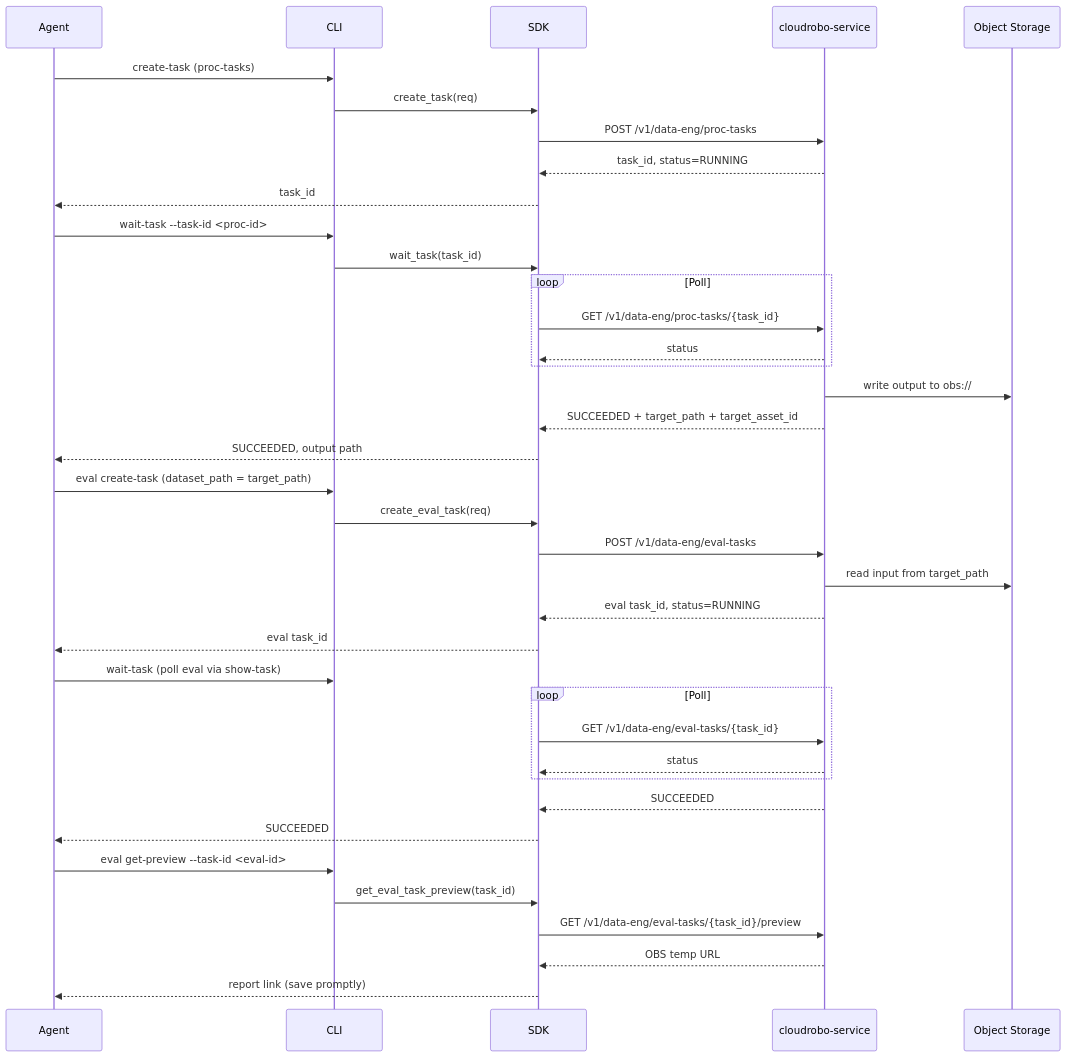
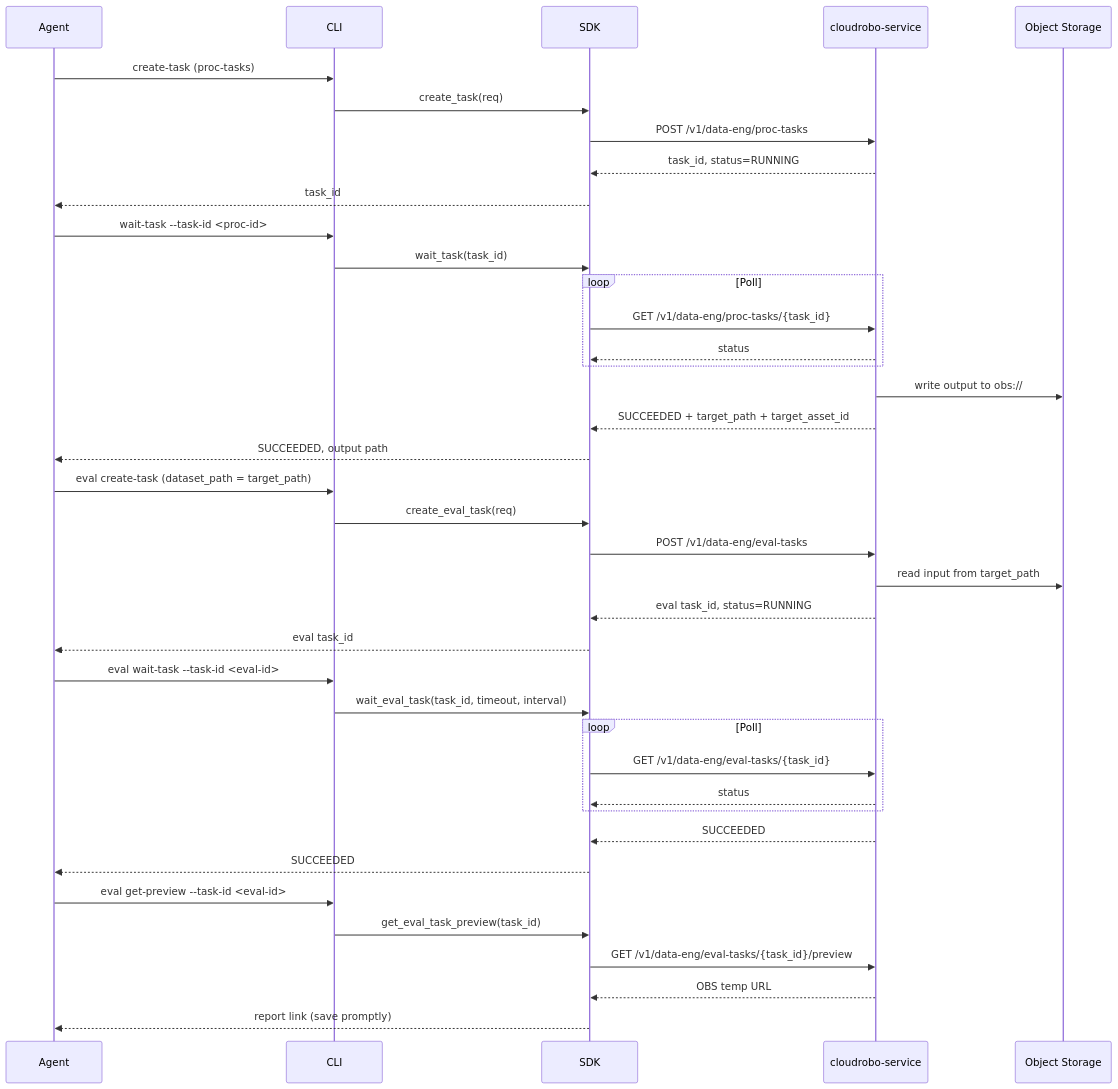
The fourth of 4 diagrams in skills/ai/cloudrobo/huawei-cloud-cloudrobo-dataset/references/dataflow-diagram.md (huaweicloud/huaweicloud-skills), drawn with Mermaid before and after one commit. The commit also changed other lines of this file and 41 other files, not shown here.

````diff
--- a/skills/ai/cloudrobo/huawei-cloud-cloudrobo-dataset/references/dataflow-diagram.md
+++ b/skills/ai/cloudrobo/huawei-cloud-cloudrobo-dataset/references/dataflow-diagram.md
@@ -132,45 +132,46 @@
 ```mermaid
 sequenceDiagram
     participant Agent
     participant CLI
     participant SDK
     participant API as cloudrobo-service
     participant OBS as Object Storage
 
     Agent->>CLI: create-task (proc-tasks)
     CLI->>SDK: create_task(req)
     SDK->>API: POST /v1/data-eng/proc-tasks
     API-->>SDK: task_id, status=RUNNING
     SDK-->>Agent: task_id
 
     Agent->>CLI: wait-task --task-id <proc-id>
     CLI->>SDK: wait_task(task_id)
     loop Poll
         SDK->>API: GET /v1/data-eng/proc-tasks/{task_id}
         API-->>SDK: status
     end
     API->>OBS: write output to obs://
     API-->>SDK: SUCCEEDED + target_path + target_asset_id
     SDK-->>Agent: SUCCEEDED, output path
 
     Agent->>CLI: eval create-task (dataset_path = target_path)
     CLI->>SDK: create_eval_task(req)
     SDK->>API: POST /v1/data-eng/eval-tasks
     API->>OBS: read input from target_path
     API-->>SDK: eval task_id, status=RUNNING
     SDK-->>Agent: eval task_id
 
-    Agent->>CLI: wait-task (poll eval via show-task)
+    Agent->>CLI: eval wait-task --task-id <eval-id>
+    CLI->>SDK: wait_eval_task(task_id, timeout, interval)
     loop Poll
         SDK->>API: GET /v1/data-eng/eval-tasks/{task_id}
         API-->>SDK: status
     end
     API-->>SDK: SUCCEEDED
     SDK-->>Agent: SUCCEEDED
 
     Agent->>CLI: eval get-preview --task-id <eval-id>
     CLI->>SDK: get_eval_task_preview(task_id)
     SDK->>API: GET /v1/data-eng/eval-tasks/{task_id}/preview
     API-->>SDK: OBS temp URL
     SDK-->>Agent: report link (save promptly)
 ```
````
